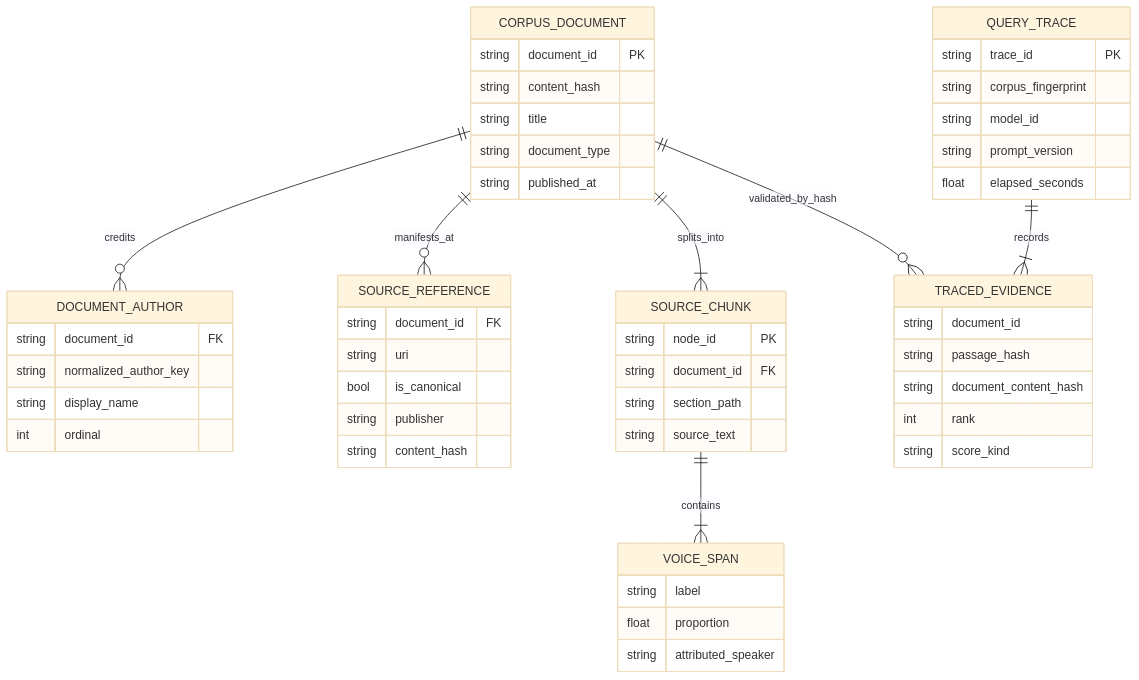
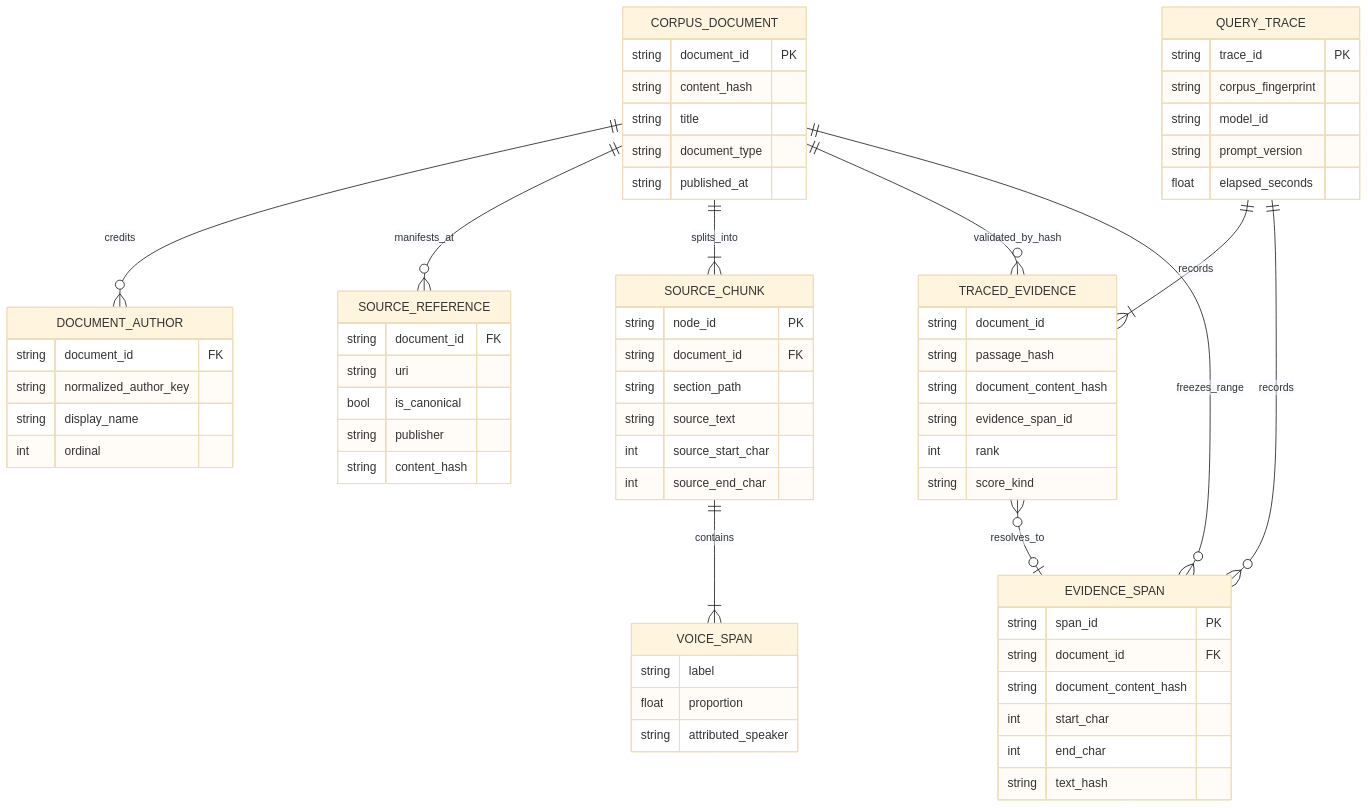
One commit to BrentWilkins/author-corpus-rag changed the fifth of 5 diagrams in docs/architecture.md. Above: the diagram before and after it, drawn with Mermaid (base theme). The commit also changed other lines of this file and 15 other files, not shown here.

Commit message:
Trace citations to exact source spans

````diff
--- a/docs/architecture.md
+++ b/docs/architecture.md
@@ -211,55 +211,69 @@
 ```mermaid
 erDiagram
     CORPUS_DOCUMENT ||--o{ DOCUMENT_AUTHOR : credits
     CORPUS_DOCUMENT ||--o{ SOURCE_REFERENCE : manifests_at
     CORPUS_DOCUMENT ||--|{ SOURCE_CHUNK : splits_into
     SOURCE_CHUNK ||--|{ VOICE_SPAN : contains
     QUERY_TRACE ||--|{ TRACED_EVIDENCE : records
     CORPUS_DOCUMENT ||--o{ TRACED_EVIDENCE : validated_by_hash
+    CORPUS_DOCUMENT ||--o{ EVIDENCE_SPAN : freezes_range
+    QUERY_TRACE ||--o{ EVIDENCE_SPAN : records
+    TRACED_EVIDENCE }o--o| EVIDENCE_SPAN : resolves_to
 
     CORPUS_DOCUMENT {
         string document_id PK
         string content_hash
         string title
         string document_type
         string published_at
     }
     DOCUMENT_AUTHOR {
         string document_id FK
         string normalized_author_key
         string display_name
         int ordinal
     }
     SOURCE_REFERENCE {
         string document_id FK
         string uri
         bool is_canonical
         string publisher
         string content_hash
     }
     SOURCE_CHUNK {
         string node_id PK
         string document_id FK
         string section_path
         string source_text
+        int source_start_char
+        int source_end_char
     }
     VOICE_SPAN {
         string label
         float proportion
         string attributed_speaker
     }
     QUERY_TRACE {
         string trace_id PK
         string corpus_fingerprint
         string model_id
         string prompt_version
         float elapsed_seconds
     }
     TRACED_EVIDENCE {
         string document_id
         string passage_hash
         string document_content_hash
+        string evidence_span_id
         int rank
         string score_kind
     }
+    EVIDENCE_SPAN {
+        string span_id PK
+        string document_id FK
+        string document_content_hash
+        int start_char
+        int end_char
+        string text_hash
+    }
 ```
````
